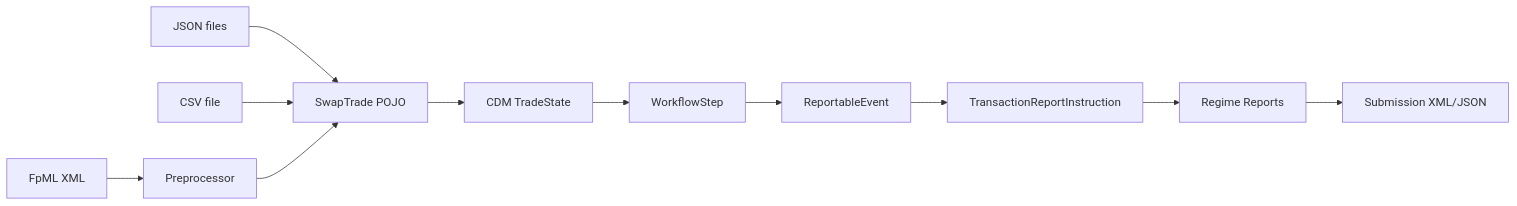
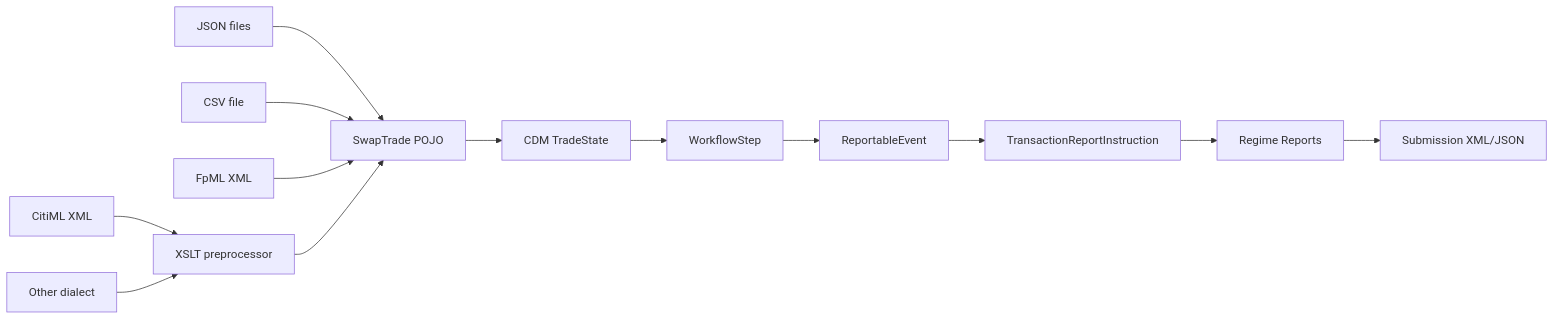
The diagram in ISDA/docs/build-and-run-guide.md (emirbh/misc), drawn with Mermaid before and after one commit. The commit also changed other lines of this file and 252 other files, not shown here.

````diff
--- a/ISDA/docs/build-and-run-guide.md
+++ b/ISDA/docs/build-and-run-guide.md
@@ -7,13 +7,15 @@
 ```mermaid
 flowchart LR
     A1[JSON files] --> P[SwapTrade POJO]
     A2[CSV file] --> P
-    A3[FpML XML] --> PP[Preprocessor]
+    A3[FpML XML] --> P
+    A4[CitiML XML] --> PP[XSLT preprocessor]
+    A5[Other dialect] --> PP
     PP --> P
     P --> B[CDM TradeState]
     B --> C[WorkflowStep]
     C --> D[ReportableEvent]
     D --> E[TransactionReportInstruction]
     E --> F[Regime Reports]
     F --> G[Submission XML/JSON]
 ```
````
